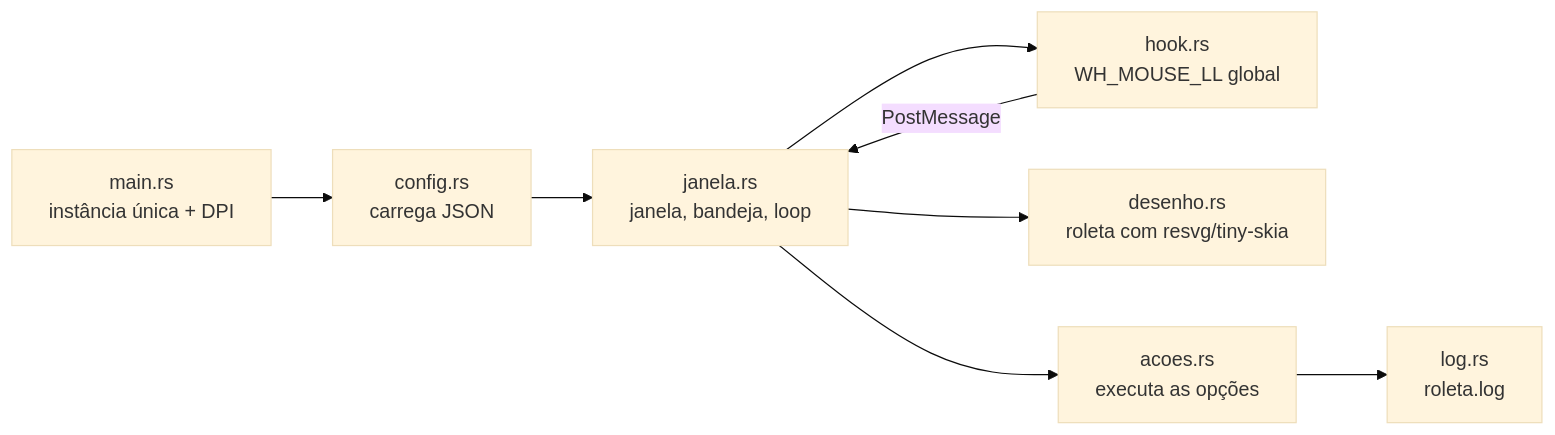
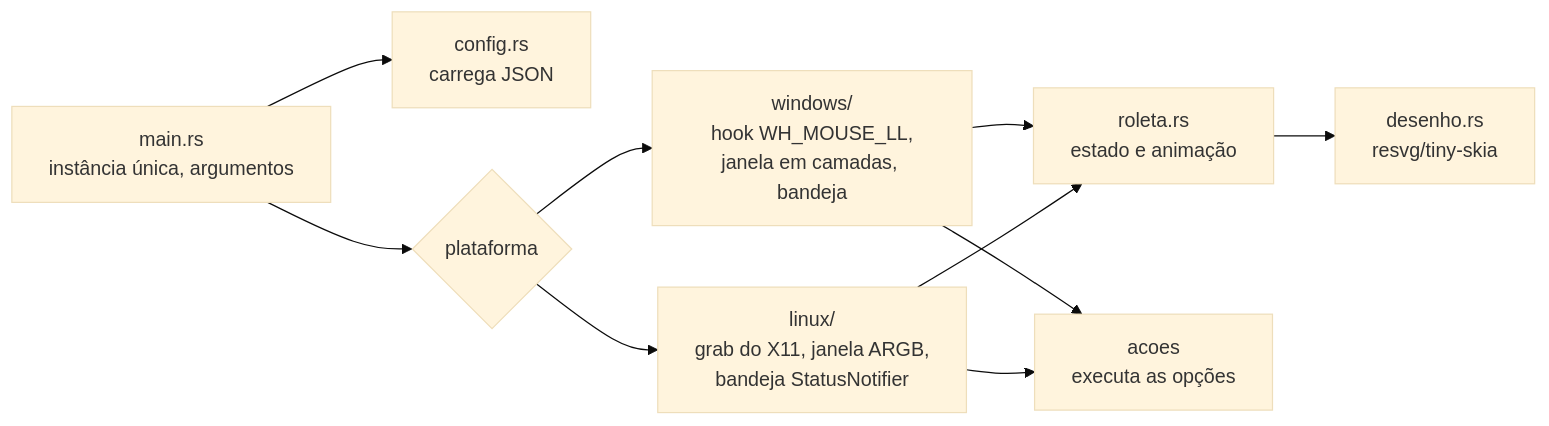
Before and after one commit to 1155dosilicon/roleta-rs: the diagram in README.md, drawn with Mermaid (base theme). The commit also changed other lines of this file and 16 other files, not shown here.

````diff
--- a/README.md
+++ b/README.md
@@ -150,10 +192,12 @@
 ```mermaid
 flowchart LR
-    A[main.rs<br/>instância única + DPI] --> B[config.rs<br/>carrega JSON]
-    B --> C[janela.rs<br/>janela, bandeja, loop]
-    C --> D[hook.rs<br/>WH_MOUSE_LL global]
-    D -- PostMessage --> C
-    C --> E[desenho.rs<br/>roleta com resvg/tiny-skia]
-    C --> F[acoes.rs<br/>executa as opções]
-    F --> G[log.rs<br/>roleta.log]
+    A[main.rs<br/>instância única, argumentos] --> B[config.rs<br/>carrega JSON]
+    A --> P{plataforma}
+    P --> W[windows/<br/>hook WH_MOUSE_LL,<br/>janela em camadas, bandeja]
+    P --> L[linux/<br/>grab do X11, janela ARGB,<br/>bandeja StatusNotifier]
+    W --> R[roleta.rs<br/>estado e animação]
+    L --> R
+    R --> E[desenho.rs<br/>resvg/tiny-skia]
+    W --> F[acoes<br/>executa as opções]
+    L --> F
 ```
````
